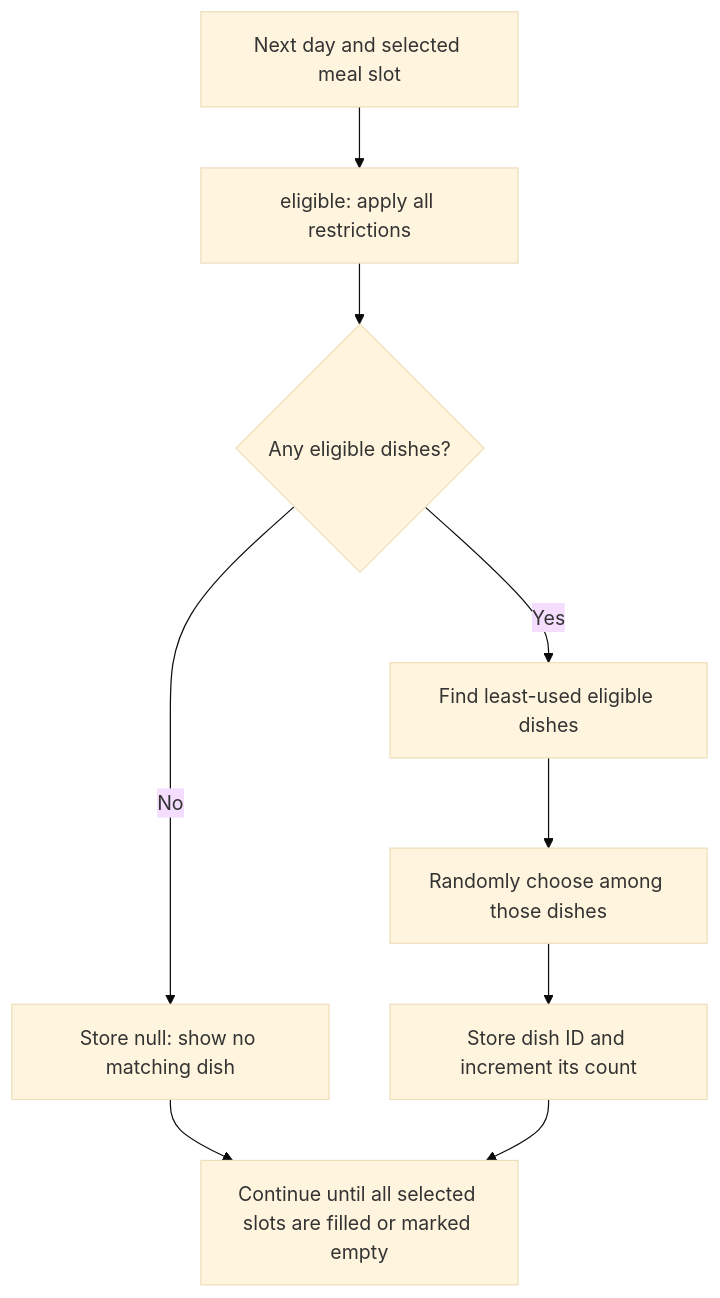
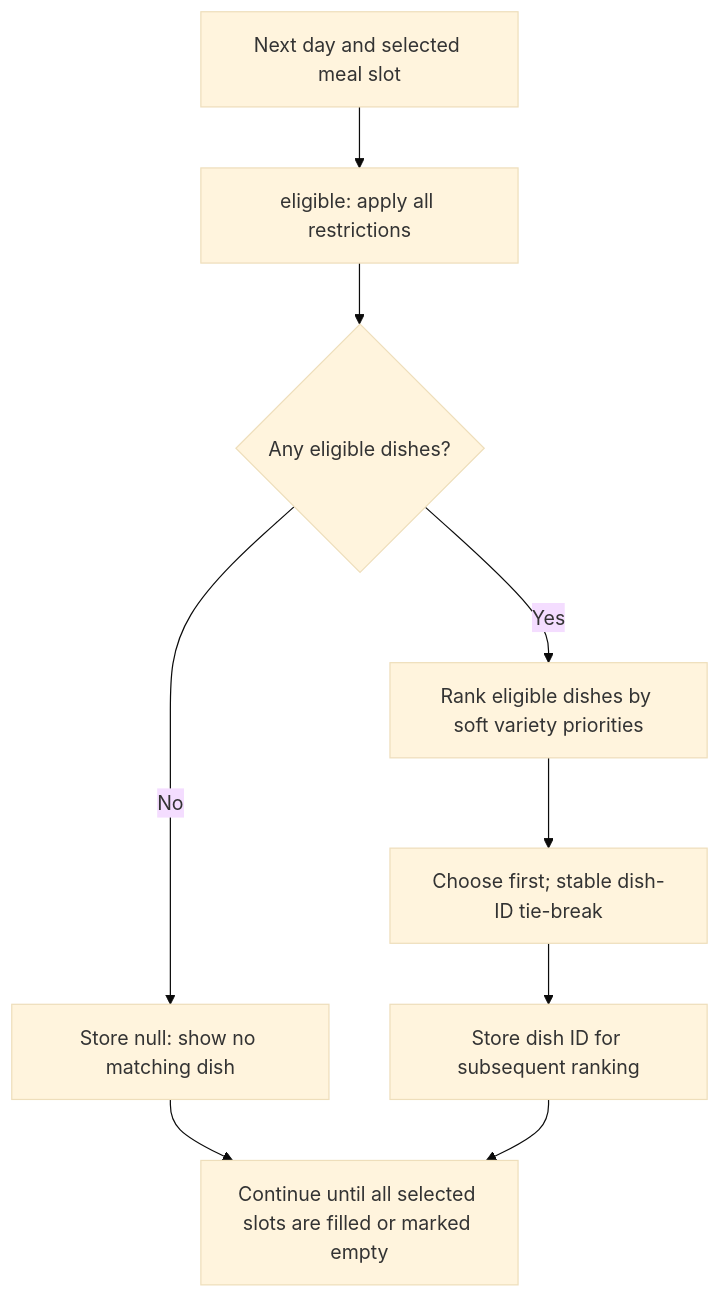
The third of 5 diagrams in docs/ARCHITECTURE.md (Gharka18/gharka), drawn with Mermaid (base theme) before and after one commit. The commit also changed other lines of this file and 8 other files, not shown here.

````diff
--- a/docs/ARCHITECTURE.md
+++ b/docs/ARCHITECTURE.md
@@ -115,11 +116,11 @@
 ```mermaid
 flowchart TD
     Slot["Next day and selected meal slot"] --> Filter["eligible: apply all restrictions"]
     Filter --> Available{"Any eligible dishes?"}
     Available -->|No| Empty["Store null: show no matching dish"]
-    Available -->|Yes| Least["Find least-used eligible dishes"]
-    Least --> Pick["Randomly choose among those dishes"]
-    Pick --> Count["Store dish ID and increment its count"]
+    Available -->|Yes| Least["Rank eligible dishes by soft variety priorities"]
+    Least --> Pick["Choose first; stable dish-ID tie-break"]
+    Pick --> Count["Store dish ID for subsequent ranking"]
     Empty --> Continue["Continue until all selected slots are filled or marked empty"]
     Count --> Continue
 ```
````
